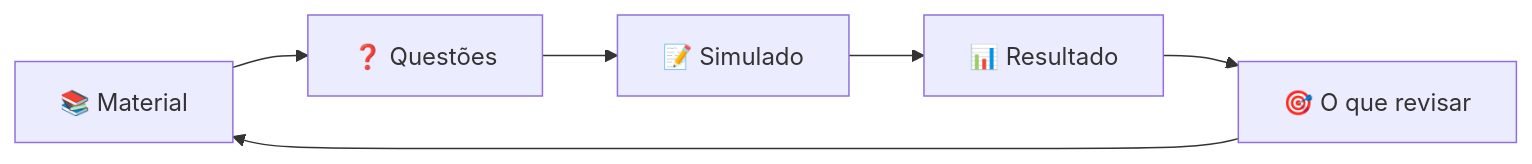
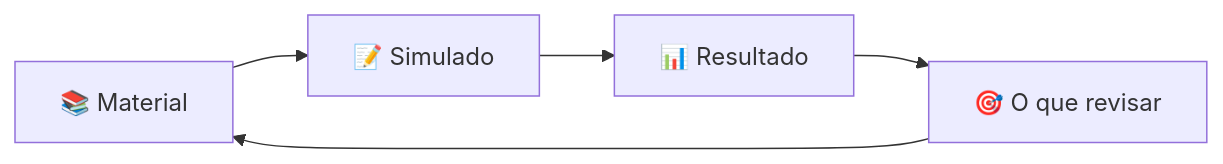
Before and after one commit to igor-fuchs01/student-app: the diagram in README.md, drawn with Mermaid. The commit also changed other lines of this file, not shown here.

````diff
--- a/README.md
+++ b/README.md
@@ -37,8 +19,4 @@
 ```mermaid
 flowchart LR
-    A[📚 Material] --> B[❓ Questões]
-    B --> C[📝 Simulado]
-    C --> D[📊 Resultado]
-    D --> E[🎯 O que revisar]
-    E --> A
+    A[📚 Material] --> B[📝 Simulado] --> C[📊 Resultado] --> D[🎯 O que revisar] --> A
 ```
````
